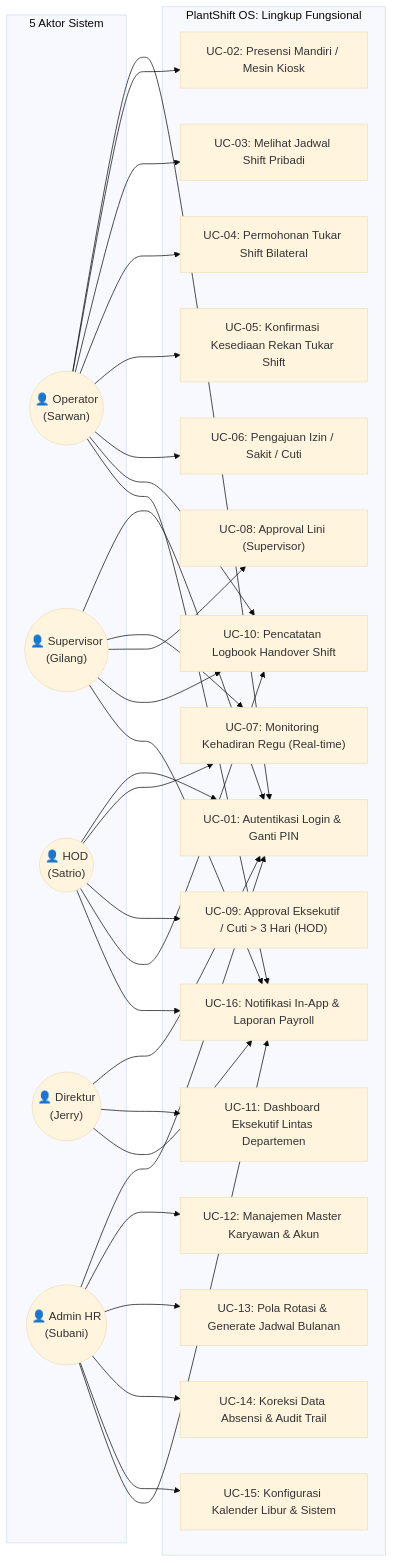
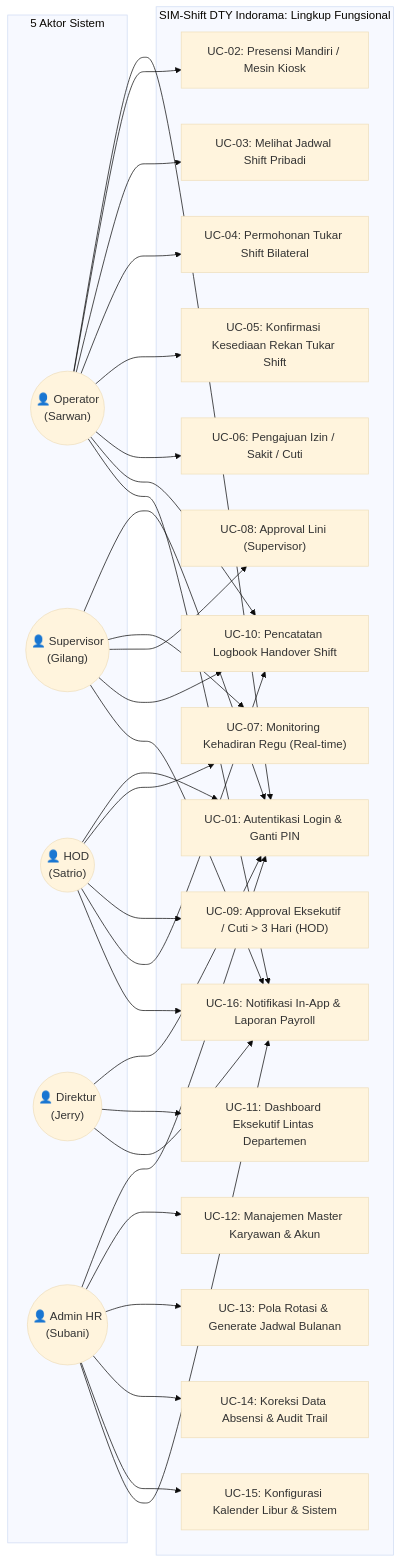
The first of 2 diagrams in docs/LAPORAN_AKHIR.md (jerry-sutisno/shift-absensi), drawn with Mermaid (base theme) before and after one commit. The commit also changed other lines of this file and 14 other files, not shown here.

Commit message:
chore(branding): rename application brand to SIM-Shift DTY Indorama

````diff
--- a/docs/LAPORAN_AKHIR.md
+++ b/docs/LAPORAN_AKHIR.md
@@ -135,61 +135,61 @@
 ```mermaid
 flowchart LR
     subgraph Aktor["5 Aktor Sistem"]
         OP(("👤 Operator\n(Sarwan)"))
         SPV(("👤 Supervisor\n(Gilang)"))
         HOD(("👤 HOD\n(Satrio)"))
         DIR(("👤 Direktur\n(Jerry)"))
         HR(("👤 Admin HR\n(Subani)"))
     end
 
-    subgraph System["PlantShift OS: Lingkup Fungsional"]
+    subgraph System["SIM-Shift DTY Indorama: Lingkup Fungsional"]
         UC01["UC-01: Autentikasi Login & Ganti PIN"]
         UC02["UC-02: Presensi Mandiri / Mesin Kiosk"]
         UC03["UC-03: Melihat Jadwal Shift Pribadi"]
         UC04["UC-04: Permohonan Tukar Shift Bilateral"]
         UC05["UC-05: Konfirmasi Kesediaan Rekan Tukar Shift"]
         UC06["UC-06: Pengajuan Izin / Sakit / Cuti"]
         UC07["UC-07: Monitoring Kehadiran Regu (Real-time)"]
         UC08["UC-08: Approval Lini (Supervisor)"]
         UC09["UC-09: Approval Eksekutif / Cuti > 3 Hari (HOD)"]
         UC10["UC-10: Pencatatan Logbook Handover Shift"]
         UC11["UC-11: Dashboard Eksekutif Lintas Departemen"]
         UC12["UC-12: Manajemen Master Karyawan & Akun"]
         UC13["UC-13: Pola Rotasi & Generate Jadwal Bulanan"]
         UC14["UC-14: Koreksi Data Absensi & Audit Trail"]
         UC15["UC-15: Konfigurasi Kalender Libur & Sistem"]
         UC16["UC-16: Notifikasi In-App & Laporan Payroll"]
     end
 
     OP --> UC01
     OP --> UC02
     OP --> UC03
     OP --> UC04
     OP --> UC05
     OP --> UC06
     OP --> UC10
     OP --> UC16
 
     SPV --> UC01
     SPV --> UC07
     SPV --> UC08
     SPV --> UC10
     SPV --> UC16
 
     HOD --> UC01
     HOD --> UC07
     HOD --> UC09
     HOD --> UC10
     HOD --> UC16
 
     DIR --> UC01
     DIR --> UC11
     DIR --> UC16
 
     HR --> UC01
     HR --> UC12
     HR --> UC13
     HR --> UC14
     HR --> UC15
     HR --> UC16
 ```
````
